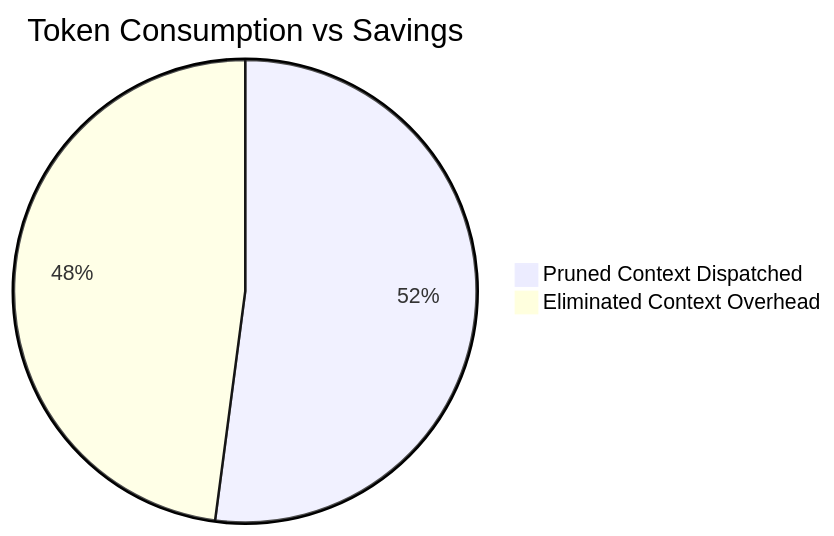
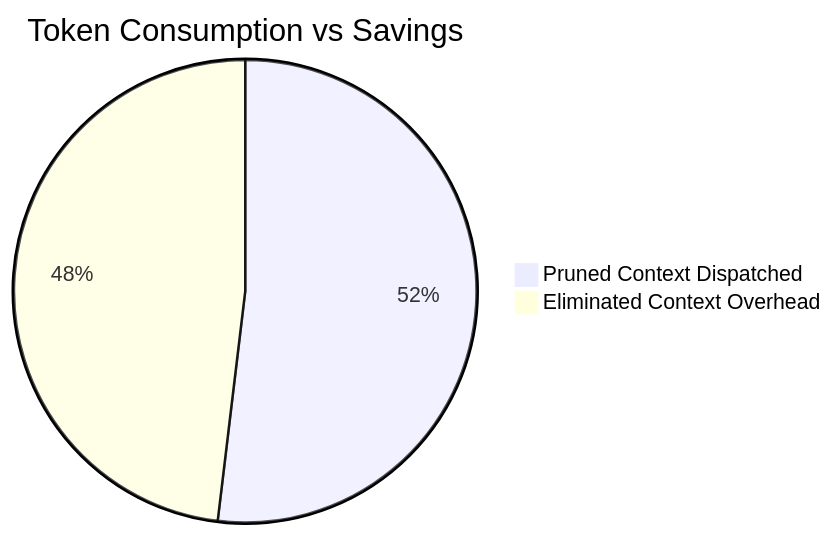
One commit to lakhwindersingh/nb_fairyfly changed the diagram in workplace/docs/reports/token_savings_report.md. Above: the diagram before and after it, drawn with Mermaid. The commit also changed other lines of this file and 42 other files, not shown here.

````diff
--- a/workplace/docs/reports/token_savings_report.md
+++ b/workplace/docs/reports/token_savings_report.md
@@ -26,5 +26,5 @@
 ```mermaid
 pie title Token Consumption vs Savings
-    "Pruned Context Dispatched" : 26470977
-    "Eliminated Context Overhead" : 24353393
+    "Pruned Context Dispatched" : 27218407
+    "Eliminated Context Overhead" : 25223985
 ```
````
